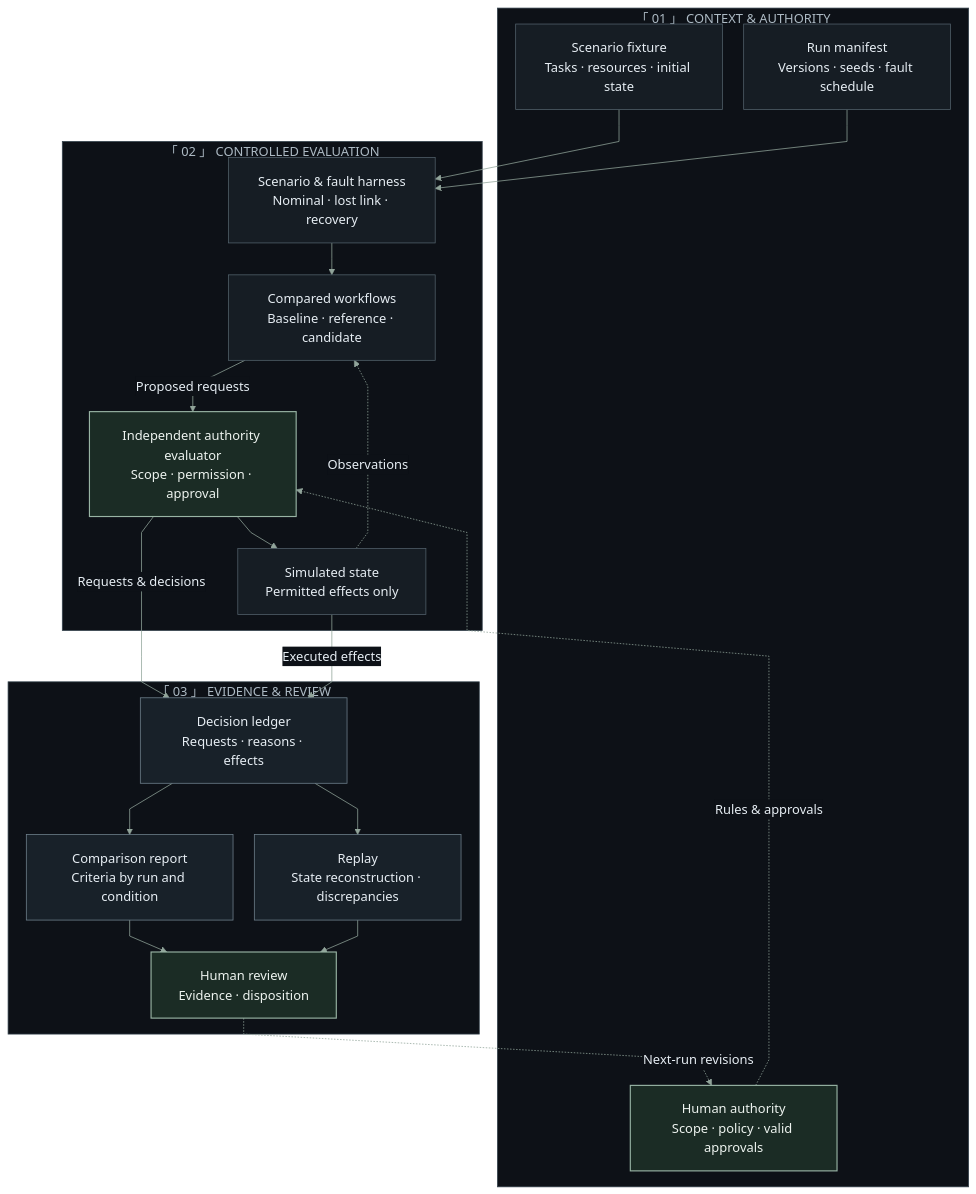
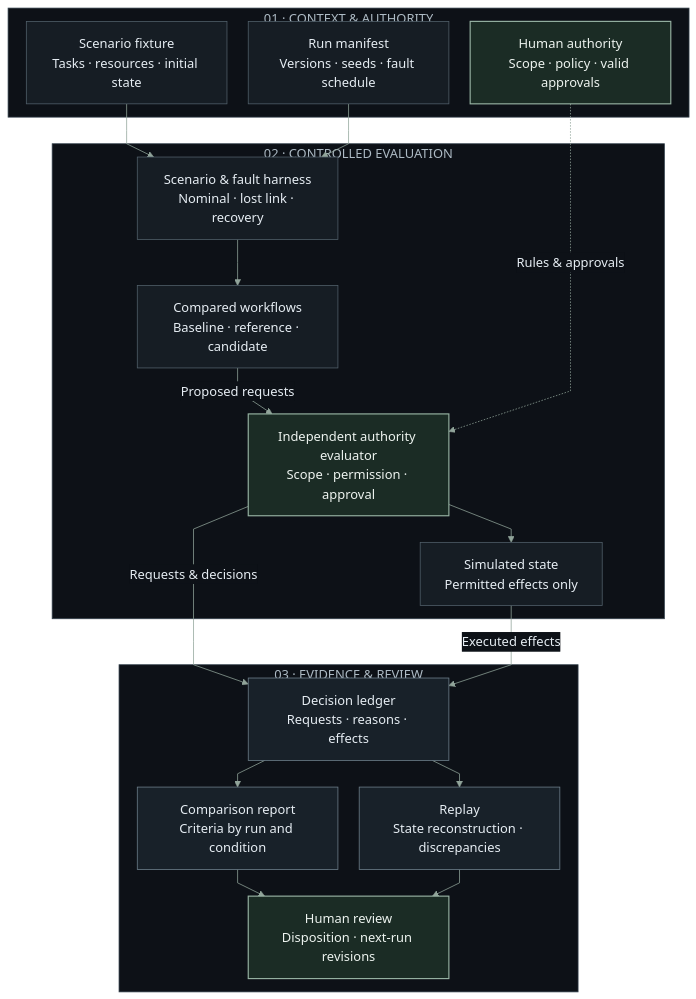
The diagram in profile/README.md (endrhq/.github), drawn with Mermaid before and after one commit. The commit also changed 1 other file, not shown here.

Commit message:
Keep the architecture layout compact and acyclic

````diff
--- a/profile/README.md
+++ b/profile/README.md
@@ -17,43 +17,41 @@
 ```mermaid
-%%{init: {"theme":"base","themeVariables":{"fontFamily":"Arial, Helvetica, sans-serif","fontSize":"17px","primaryColor":"#161d24","primaryTextColor":"#e6edf3","primaryBorderColor":"#52616b","lineColor":"#91a49a","secondaryColor":"#1b2c25","tertiaryColor":"#0d1117","clusterBkg":"#0d1117","clusterBorder":"#34424d","titleColor":"#adbac4","edgeLabelBackground":"#0d1117"},"flowchart":{"curve":"linear","nodeSpacing":28,"rankSpacing":42,"padding":18}}}%%
+%%{init: {"theme":"base","themeVariables":{"fontFamily":"Arial, Helvetica, sans-serif","fontSize":"17px","primaryColor":"#161d24","primaryTextColor":"#e6edf3","primaryBorderColor":"#52616b","lineColor":"#91a49a","secondaryColor":"#1b2c25","tertiaryColor":"#0d1117","clusterBkg":"#0d1117","clusterBorder":"#34424d","titleColor":"#adbac4","edgeLabelBackground":"#0d1117"},"flowchart":{"curve":"linear","nodeSpacing":28,"rankSpacing":35,"padding":16}}}%%
 flowchart TB
     accTitle: endr — Mission Assurance Lab
     accDescr: Conceptual synthetic research architecture. Matched workflows submit requests to independent authority evaluation. An ordered ledger feeds comparison and replay, then human review. Lost links never expand authority.
 
-    subgraph INPUTS["「 01 」 CONTEXT & AUTHORITY"]
+    subgraph INPUTS["01 · CONTEXT & AUTHORITY"]
         SCENARIO["Scenario fixture<br/>Tasks · resources · initial state"]
         MANIFEST["Run manifest<br/>Versions · seeds · fault schedule"]
         AUTHORITY["Human authority<br/>Scope · policy · valid approvals"]
     end
 
-    subgraph EVALUATION["「 02 」 CONTROLLED EVALUATION"]
+    subgraph EVALUATION["02 · CONTROLLED EVALUATION"]
         HARNESS["Scenario & fault harness<br/>Nominal · lost link · recovery"]
         WORKFLOWS["Compared workflows<br/>Baseline · reference · candidate"]
         GATE["Independent authority evaluator<br/>Scope · permission · approval"]
         STATE["Simulated state<br/>Permitted effects only"]
         HARNESS --> WORKFLOWS
         WORKFLOWS -->|Proposed requests| GATE
         GATE --> STATE
     end
 
-    subgraph EVIDENCE["「 03 」 EVIDENCE & REVIEW"]
+    subgraph EVIDENCE["03 · EVIDENCE & REVIEW"]
         LEDGER["Decision ledger<br/>Requests · reasons · effects"]
         REPORT["Comparison report<br/>Criteria by run and condition"]
         REPLAY["Replay<br/>State reconstruction · discrepancies"]
-        REVIEW["Human review<br/>Evidence · disposition"]
+        REVIEW["Human review<br/>Disposition · next-run revisions"]
         LEDGER --> REPORT & REPLAY
         REPORT & REPLAY --> REVIEW
     end
 
     SCENARIO & MANIFEST --> HARNESS
     AUTHORITY -.->|Rules & approvals| GATE
     GATE -->|Requests & decisions| LEDGER
     STATE -->|Executed effects| LEDGER
-    STATE -.->|Observations| WORKFLOWS
-    REVIEW -.->|Next-run revisions| AUTHORITY
 
     classDef authority fill:#1b2c25,stroke:#98b4a4,color:#edf3ef,stroke-width:1.5px
     classDef evidence fill:#182129,stroke:#70828e,color:#e6edf3
     class AUTHORITY,GATE,REVIEW authority
     class LEDGER,REPORT,REPLAY evidence
 ```
````
